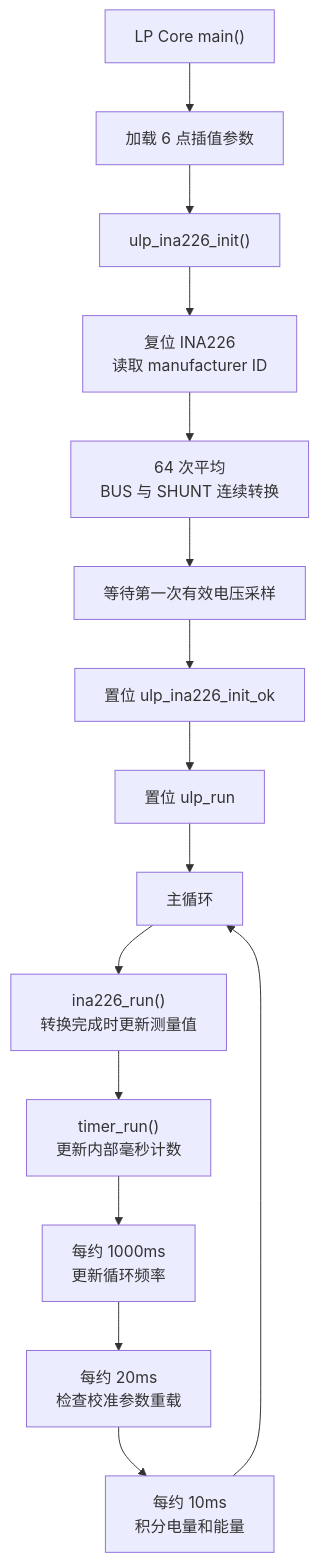
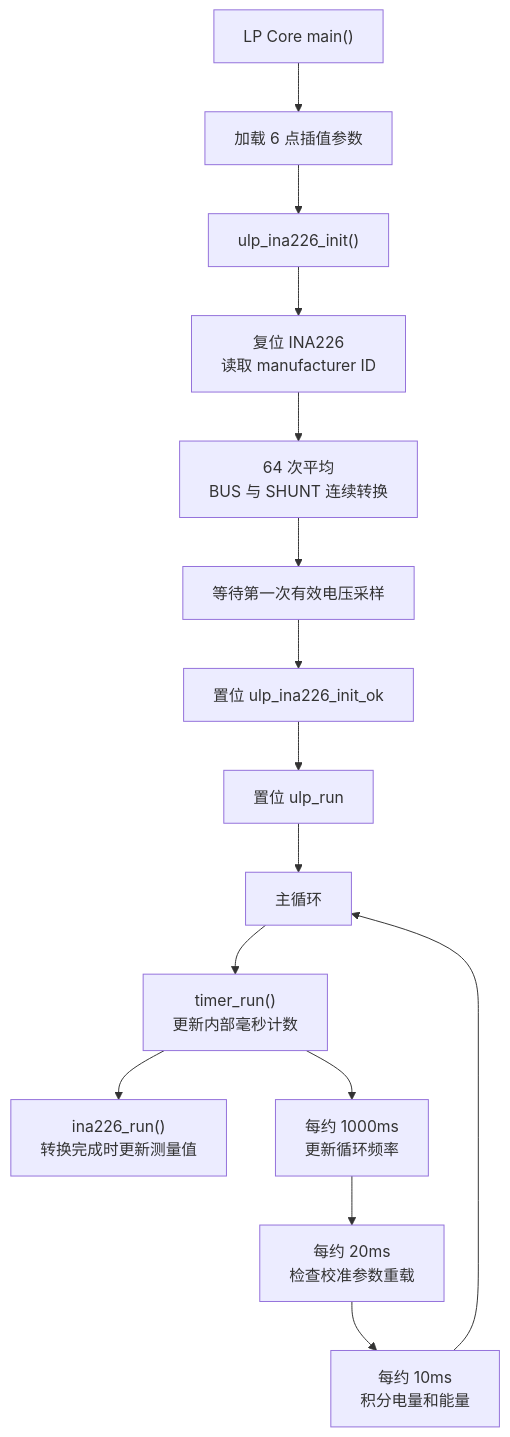
The second of 4 diagrams in main/ulp_app/README.md (qingmeijiupiao/Wireless_power_meter_lite), drawn with Mermaid before and after one commit. The commit also changed other lines of this file and 6 other files, not shown here.

````diff
--- a/main/ulp_app/README.md
+++ b/main/ulp_app/README.md
@@ -27,17 +27,17 @@
 ```mermaid
 flowchart TD
     Start["LP Core main()"] --> Load["加载 6 点插值参数"]
     Load --> Init["ulp_ina226_init()"]
     Init --> Reset["复位 INA226<br/>读取 manufacturer ID"]
     Reset --> Config["64 次平均<br/>BUS 与 SHUNT 连续转换"]
     Config --> First["等待第一次有效电压采样"]
     First --> InitOK["置位 ulp_ina226_init_ok"]
     InitOK --> Run["置位 ulp_run"]
     Run --> Loop["主循环"]
-    Loop --> Sample["ina226_run()<br/>转换完成时更新测量值"]
-    Sample --> Timer["timer_run()<br/>更新内部毫秒计数"]
+    Loop --> Timer["timer_run()<br/>更新内部毫秒计数"]
+    Timer --> Sample["ina226_run()<br/>转换完成时更新测量值"]
     Timer --> Every1s["每约 1000ms<br/>更新循环频率"]
     Every1s --> Every20ms["每约 20ms<br/>检查校准参数重载"]
     Every20ms --> Every10ms["每约 10ms<br/>积分电量和能量"]
     Every10ms --> Loop
 ```
````
